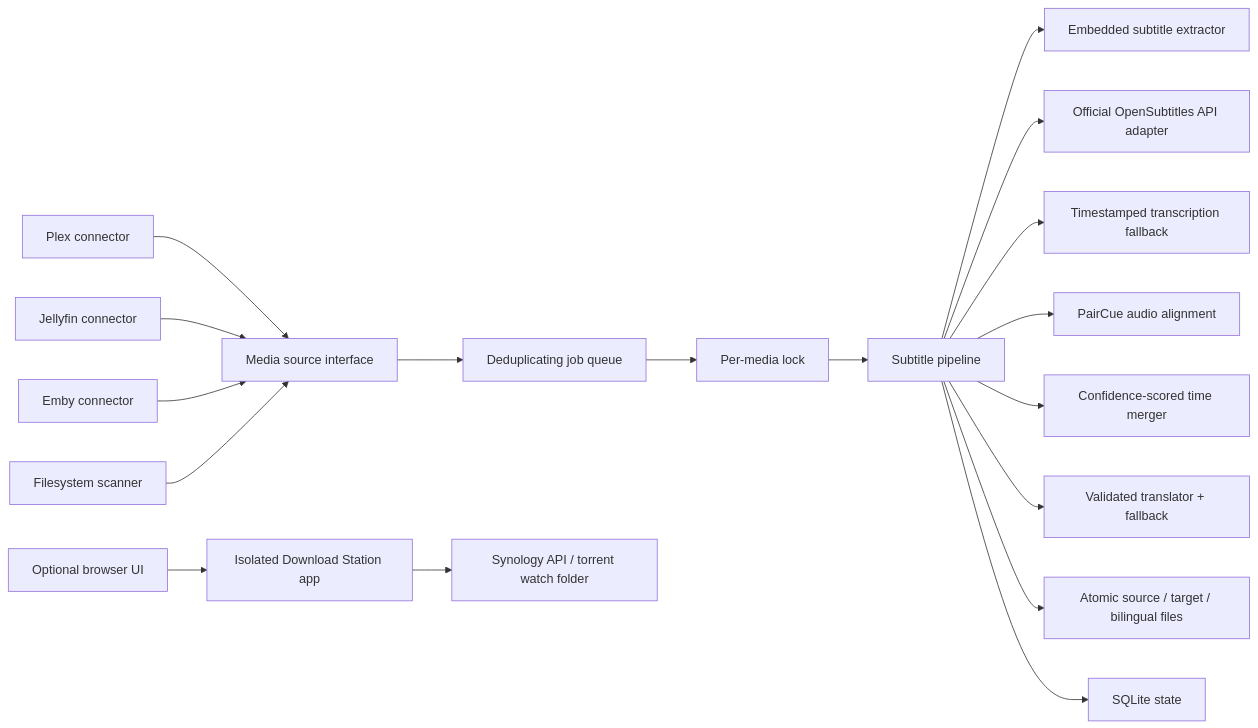
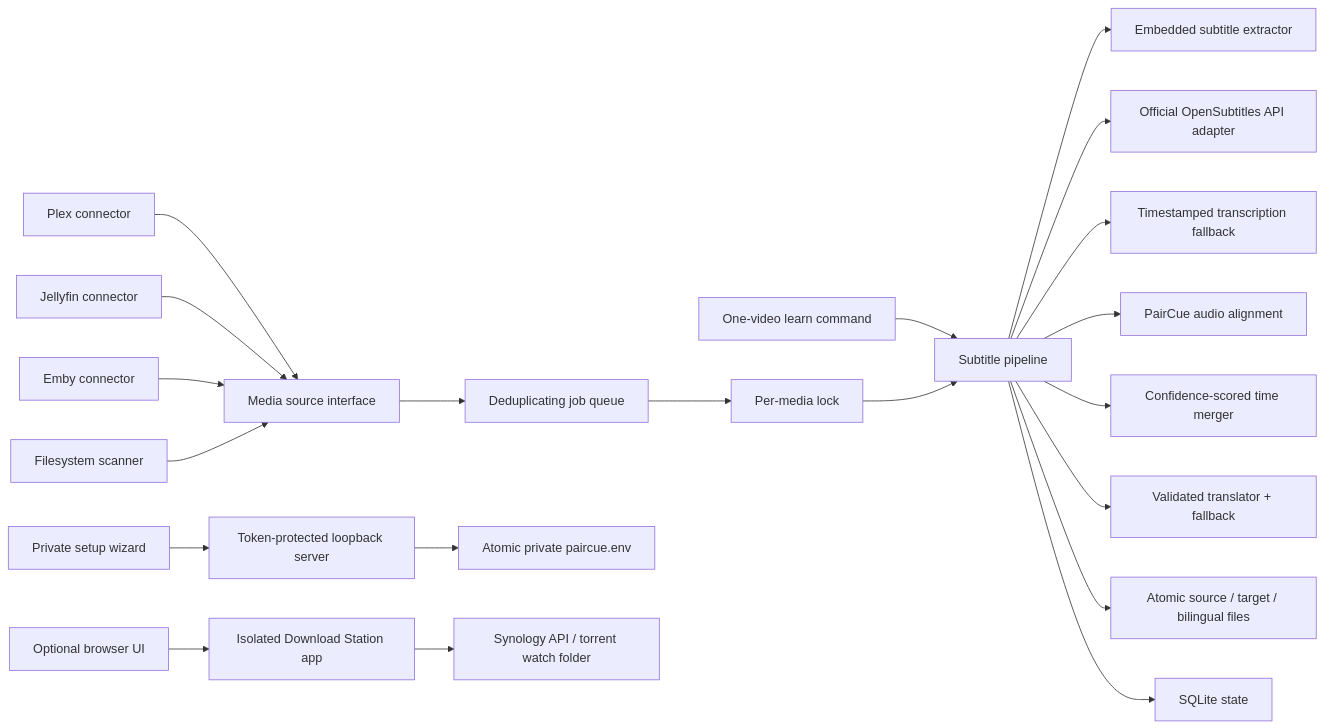
One commit to NLINEA/PairCue changed the diagram in ARCHITECTURE.md. Above: the diagram before and after it, drawn with Mermaid. The commit also changed other lines of this file and 24 other files, not shown here.

````diff
--- a/ARCHITECTURE.md
+++ b/ARCHITECTURE.md
@@ -16,21 +16,25 @@
 ```mermaid
 flowchart LR
     Plex["Plex connector"] --> Source["Media source interface"]
     Jellyfin["Jellyfin connector"] --> Source
     Emby["Emby connector"] --> Source
     Folder["Filesystem scanner"] --> Source
+    Learn["One-video learn command"] --> Pipeline
     Source --> Queue["Deduplicating job queue"]
     Queue --> Lock["Per-media lock"]
     Lock --> Pipeline["Subtitle pipeline"]
     Pipeline --> Embedded["Embedded subtitle extractor"]
     Pipeline --> Provider["Official OpenSubtitles API adapter"]
     Pipeline --> Transcribe["Timestamped transcription fallback"]
     Pipeline --> Sync["PairCue audio alignment"]
     Pipeline --> Merge["Confidence-scored time merger"]
     Pipeline --> Translate["Validated translator + fallback"]
     Pipeline --> Output["Atomic source / target / bilingual files"]
     Pipeline --> State["SQLite state"]
 
+    Setup["Private setup wizard"] --> Loopback["Token-protected loopback server"]
+    Loopback --> Config["Atomic private paircue.env"]
+
     Browser["Optional browser UI"] --> DownloadAPI["Isolated Download Station app"]
     DownloadAPI --> Synology["Synology API / torrent watch folder"]
 ```
````
